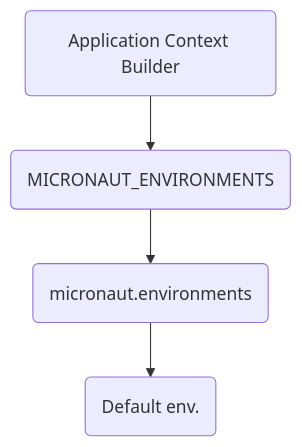
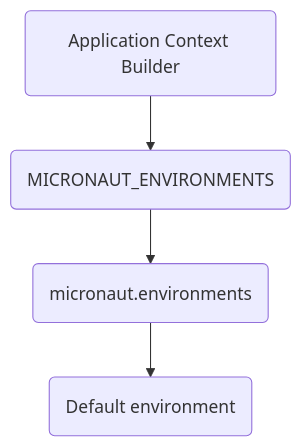
The second of 3 diagrams in README.md (joaogac/micronaut-fundamentals), drawn with Mermaid before and after one commit. The commit also changed other lines of this file, not shown here.

````diff
--- a/README.md
+++ b/README.md
@@ -66,6 +66,6 @@
 ```mermaid
 graph TD;
     A(Application Context Builder)-->B(MICRONAUT_ENVIRONMENTS);
     B(MICRONAUT_ENVIRONMENTS)-->C(micronaut.environments);
-    C(micronaut.environments)-->D(Default env.);
+    C(micronaut.environments)-->D(Default environment);
 ```
````
